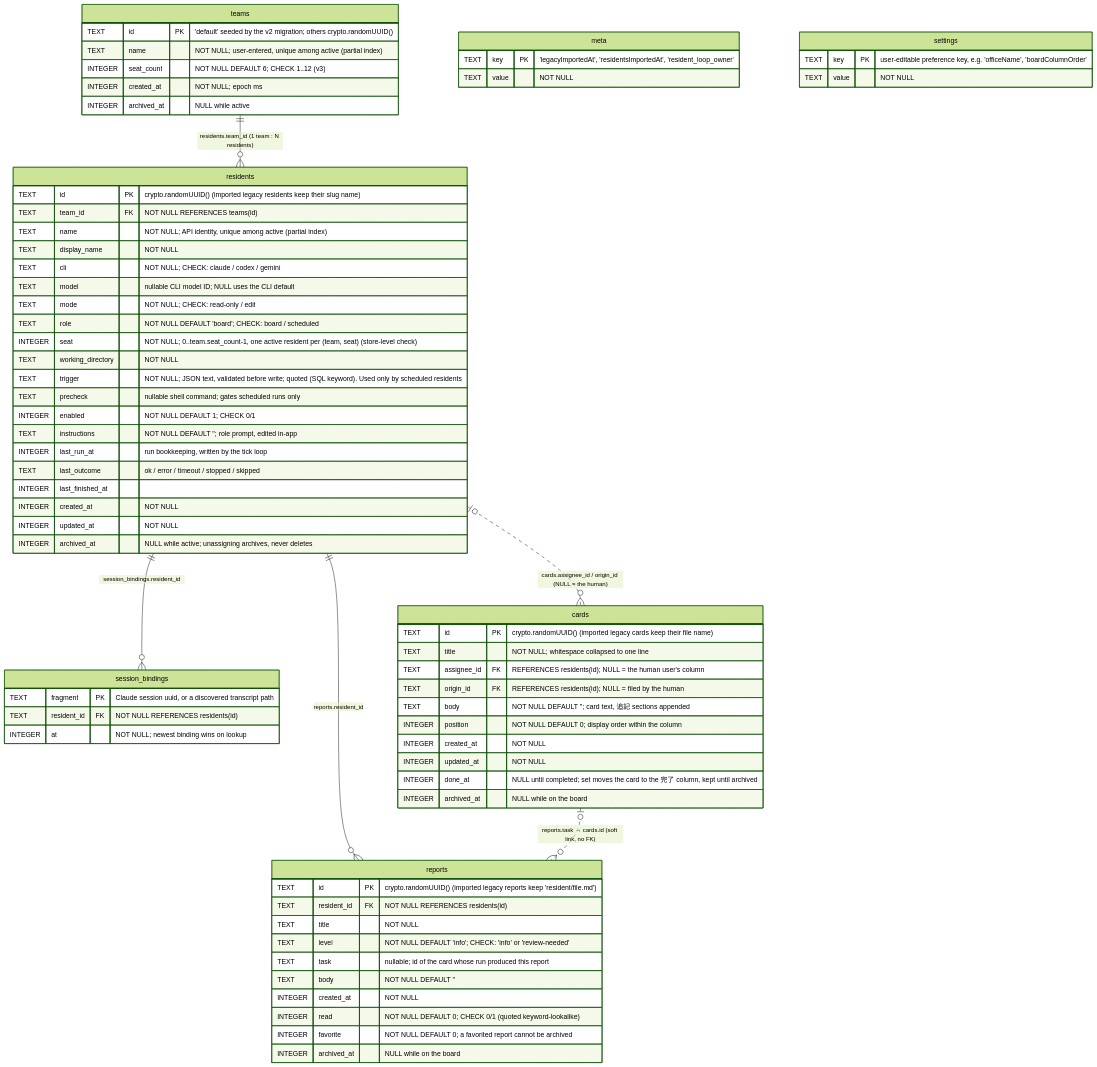
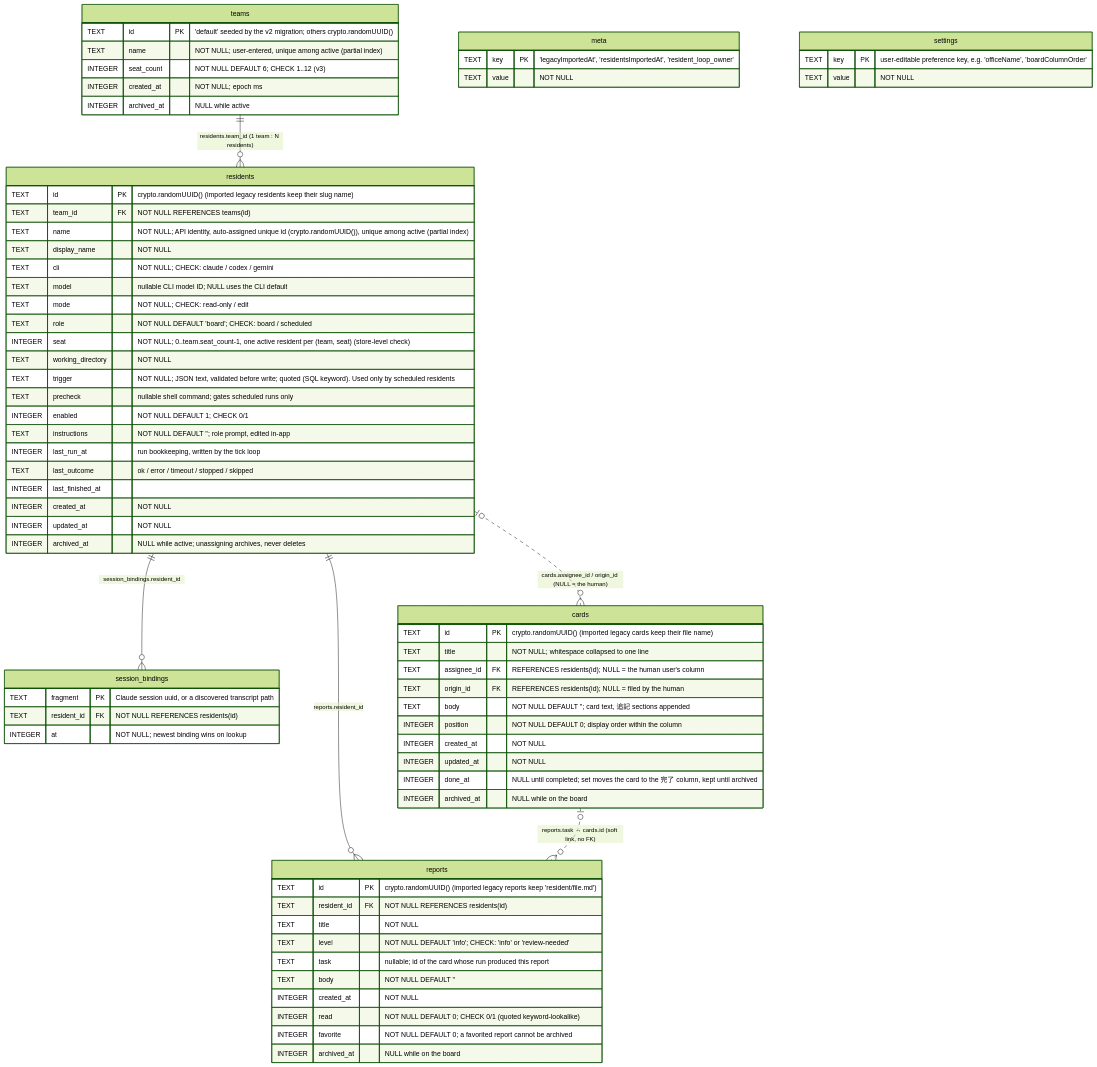
One commit to raihara3/ai-office changed the diagram in docs/database.md. Above: the diagram before and after it, drawn with Mermaid (forest theme). The commit also changed 2 other files, not shown here.

Commit message:
Auto-assign resident ids instead of asking the human to type one
The resident name doubles as the API identity but carried no meaning for
the human, who still had to invent a unique slug in the drawer. Drop the ID
field and mint the name with crypto.randomUUID() when a fresh seat is saved;
edits keep their existing name. The panel now tracks the resident name in
state rather than reading it back from the removed input.

````diff
--- a/docs/database.md
+++ b/docs/database.md
@@ -11,81 +11,81 @@
 ```mermaid
 erDiagram
     teams ||--o{ residents : "residents.team_id (1 team : N residents)"
     residents ||--o{ session_bindings : "session_bindings.resident_id"
     residents |o..o{ cards : "cards.assignee_id / origin_id (NULL = the human)"
     residents ||--o{ reports : "reports.resident_id"
     cards |o..o{ reports : "reports.task → cards.id (soft link, no FK)"
 
     teams {
         TEXT    id          PK "'default' seeded by the v2 migration; others crypto.randomUUID()"
         TEXT    name           "NOT NULL; user-entered, unique among active (partial index)"
         INTEGER seat_count     "NOT NULL DEFAULT 6; CHECK 1..12 (v3)"
         INTEGER created_at     "NOT NULL; epoch ms"
         INTEGER archived_at    "NULL while active"
     }
 
     residents {
         TEXT    id                PK "crypto.randomUUID() (imported legacy residents keep their slug name)"
         TEXT    team_id           FK "NOT NULL REFERENCES teams(id)"
-        TEXT    name              "NOT NULL; API identity, unique among active (partial index)"
+        TEXT    name              "NOT NULL; API identity, auto-assigned unique id (crypto.randomUUID()), unique among active (partial index)"
         TEXT    display_name      "NOT NULL"
         TEXT    cli               "NOT NULL; CHECK: claude / codex / gemini"
         TEXT    model             "nullable CLI model ID; NULL uses the CLI default"
         TEXT    mode              "NOT NULL; CHECK: read-only / edit"
         TEXT    role              "NOT NULL DEFAULT 'board'; CHECK: board / scheduled"
         INTEGER seat              "NOT NULL; 0..team.seat_count-1, one active resident per (team, seat) (store-level check)"
         TEXT    working_directory "NOT NULL"
         TEXT    trigger           "NOT NULL; JSON text, validated before write; quoted (SQL keyword). Used only by scheduled residents"
         TEXT    precheck          "nullable shell command; gates scheduled runs only"
         INTEGER enabled           "NOT NULL DEFAULT 1; CHECK 0/1"
         TEXT    instructions      "NOT NULL DEFAULT ''; role prompt, edited in-app"
         INTEGER last_run_at       "run bookkeeping, written by the tick loop"
         TEXT    last_outcome      "ok / error / timeout / stopped / skipped"
         INTEGER last_finished_at  ""
         INTEGER created_at        "NOT NULL"
         INTEGER updated_at        "NOT NULL"
         INTEGER archived_at       "NULL while active; unassigning archives, never deletes"
     }
 
     session_bindings {
         TEXT    fragment    PK "Claude session uuid, or a discovered transcript path"
         TEXT    resident_id FK "NOT NULL REFERENCES residents(id)"
         INTEGER at             "NOT NULL; newest binding wins on lookup"
     }
 
     cards {
         TEXT    id          PK "crypto.randomUUID() (imported legacy cards keep their file name)"
         TEXT    title          "NOT NULL; whitespace collapsed to one line"
         TEXT    assignee_id FK "REFERENCES residents(id); NULL = the human user's column"
         TEXT    origin_id   FK "REFERENCES residents(id); NULL = filed by the human"
         TEXT    body           "NOT NULL DEFAULT ''; card text, 追記 sections appended"
         INTEGER position       "NOT NULL DEFAULT 0; display order within the column"
         INTEGER created_at     "NOT NULL"
         INTEGER updated_at     "NOT NULL"
         INTEGER done_at        "NULL until completed; set moves the card to the 完了 column, kept until archived"
         INTEGER archived_at    "NULL while on the board"
     }
 
     reports {
         TEXT    id          PK "crypto.randomUUID() (imported legacy reports keep 'resident/file.md')"
         TEXT    resident_id FK "NOT NULL REFERENCES residents(id)"
         TEXT    title          "NOT NULL"
         TEXT    level          "NOT NULL DEFAULT 'info'; CHECK: 'info' or 'review-needed'"
         TEXT    task           "nullable; id of the card whose run produced this report"
         TEXT    body           "NOT NULL DEFAULT ''"
         INTEGER created_at     "NOT NULL"
         INTEGER read           "NOT NULL DEFAULT 0; CHECK 0/1 (quoted keyword-lookalike)"
         INTEGER favorite       "NOT NULL DEFAULT 0; a favorited report cannot be archived"
         INTEGER archived_at    "NULL while on the board"
     }
 
     meta {
         TEXT key   PK "'legacyImportedAt', 'residentsImportedAt', 'resident_loop_owner'"
         TEXT value    "NOT NULL"
     }
 
     settings {
         TEXT key   PK "user-editable preference key, e.g. 'officeName', 'boardColumnOrder'"
         TEXT value    "NOT NULL"
     }
 ```
````
